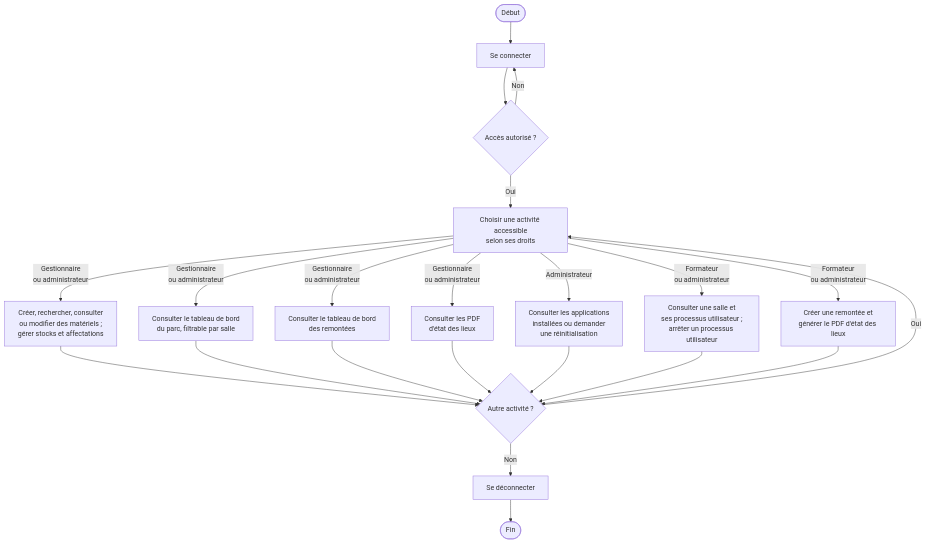
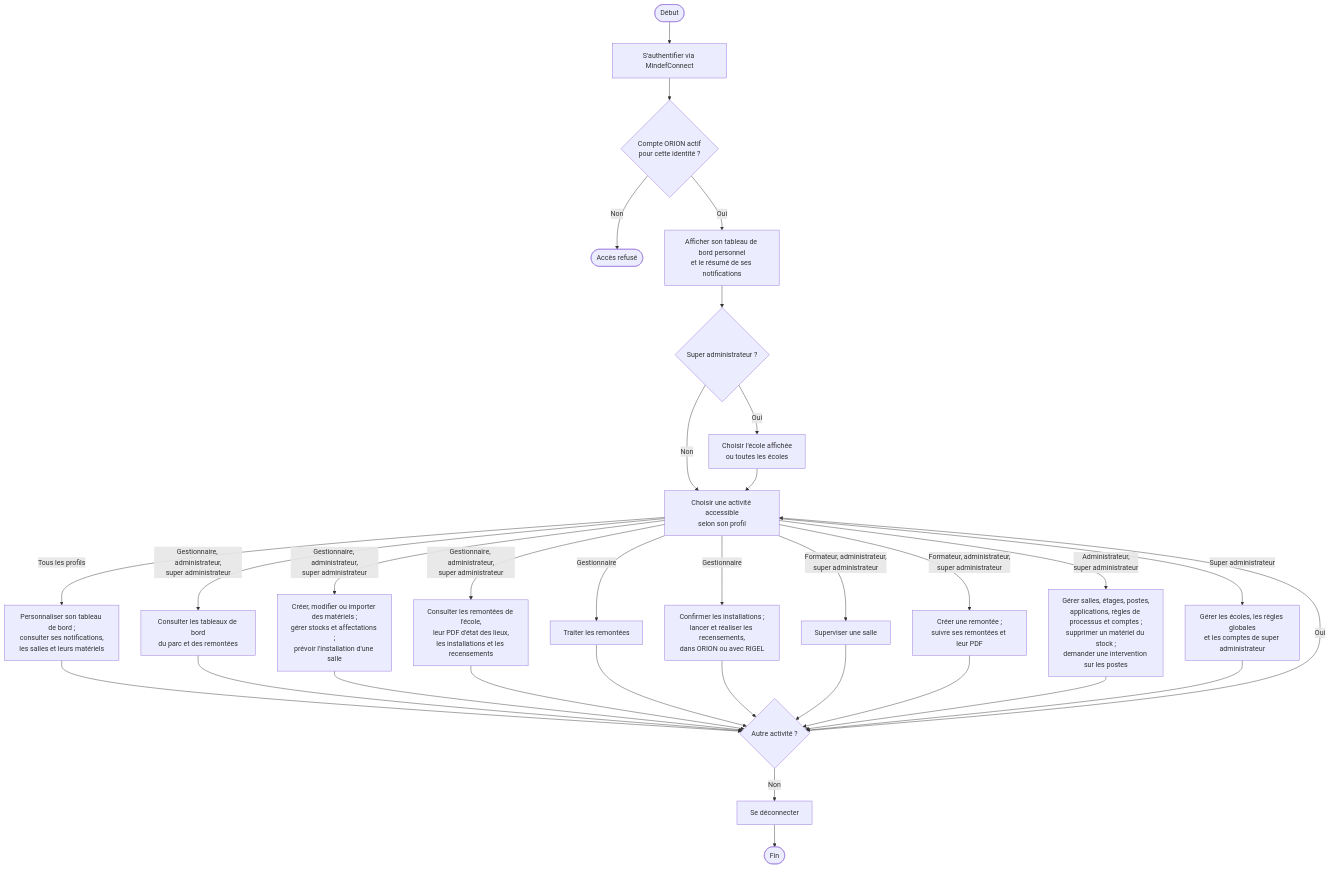
Before and after one commit to bpierrelouis/aster: the first of 10 diagrams in docs/02-ANALYSE/01-MODELISATION-METIER/07-DIAGRAMMES-ACTIVITE.md, drawn with Mermaid. The commit also changed other lines of this file and 4 other files, not shown here.

First line of the commit message:
docs(modelisation): mettre à jour les diagrammes de contexte et d'activité

````diff
--- a/docs/02-ANALYSE/01-MODELISATION-METIER/07-DIAGRAMMES-ACTIVITE.md
+++ b/docs/02-ANALYSE/01-MODELISATION-METIER/07-DIAGRAMMES-ACTIVITE.md
@@ -11,26 +11,36 @@
 ```mermaid
 flowchart TD
-    debut(["Début"]) --> connexion["Se connecter"]
-    connexion --> acces{"Accès autorisé ?"}
-    acces -->|"Non"| connexion
-    acces -->|"Oui"| choix["Choisir une activité accessible<br/>selon ses droits"]
+    debut(["Début"]) --> authentification["S'authentifier via MindefConnect"]
+    authentification --> compte{"Compte ORION actif<br/>pour cette identité ?"}
+    compte -->|"Non"| refus(["Accès refusé"])
+    compte -->|"Oui"| accueil["Afficher son tableau de bord personnel<br/>et le résumé de ses notifications"]
+    accueil --> profil{"Super administrateur ?"}
+    profil -->|"Oui"| ecole["Choisir l'école affichée<br/>ou toutes les écoles"]
+    profil -->|"Non"| choix["Choisir une activité accessible<br/>selon son profil"]
+    ecole --> choix
 
-    choix -->|"Gestionnaire<br/>ou administrateur"| parc["Créer, rechercher, consulter<br/>ou modifier des matériels ;<br/>gérer stocks et affectations"]
-    choix -->|"Gestionnaire<br/>ou administrateur"| bordParc["Consulter le tableau de bord<br/>du parc, filtrable par salle"]
-    choix -->|"Gestionnaire<br/>ou administrateur"| bordRemontees["Consulter le tableau de bord<br/>des remontées"]
-    choix -->|"Gestionnaire<br/>ou administrateur"| documents["Consulter les PDF<br/>d'état des lieux"]
-    choix -->|"Administrateur"| administration["Consulter les applications<br/>installées ou demander<br/>une réinitialisation"]
-    choix -->|"Formateur<br/>ou administrateur"| supervision["Consulter une salle et<br/>ses processus utilisateur ;<br/>arrêter un processus utilisateur"]
-    choix -->|"Formateur<br/>ou administrateur"| remontee["Créer une remontée et<br/>générer le PDF d'état des lieux"]
+    choix -->|"Tous les profils"| personnel["Personnaliser son tableau de bord ;<br/>consulter ses notifications,<br/>les salles et leurs matériels"]
+    choix -->|"Gestionnaire, administrateur,<br/>super administrateur"| bords["Consulter les tableaux de bord<br/>du parc et des remontées"]
+    choix -->|"Gestionnaire, administrateur,<br/>super administrateur"| parc["Créer, modifier ou importer des matériels ;<br/>gérer stocks et affectations ;<br/>prévoir l'installation d'une salle"]
+    choix -->|"Gestionnaire, administrateur,<br/>super administrateur"| suivi["Consulter les remontées de l'école,<br/>leur PDF d'état des lieux,<br/>les installations et les recensements"]
+    choix -->|"Gestionnaire"| traitement["Traiter les remontées"]
+    choix -->|"Gestionnaire"| rigel["Confirmer les installations ;<br/>lancer et réaliser les recensements,<br/>dans ORION ou avec RIGEL"]
+    choix -->|"Formateur, administrateur,<br/>super administrateur"| supervision["Superviser une salle"]
+    choix -->|"Formateur, administrateur,<br/>super administrateur"| remontee["Créer une remontée ;<br/>suivre ses remontées et leur PDF"]
+    choix -->|"Administrateur,<br/>super administrateur"| administration["Gérer salles, étages, postes,<br/>applications, règles de processus et comptes ;<br/>supprimer un matériel du stock ;<br/>demander une intervention sur les postes"]
+    choix -->|"Super administrateur"| global["Gérer les écoles, les règles globales<br/>et les comptes de super administrateur"]
 
-    parc --> suite{"Autre activité ?"}
-    bordParc --> suite
-    bordRemontees --> suite
-    documents --> suite
-    administration --> suite
-    supervision --> suite
-    remontee --> suite
-    suite -->|"Oui"| choix
-    suite -->|"Non"| deconnexion["Se déconnecter"]
+    personnel --> autre{"Autre activité ?"}
+    bords --> autre
+    parc --> autre
+    suivi --> autre
+    traitement --> autre
+    rigel --> autre
+    supervision --> autre
+    remontee --> autre
+    administration --> autre
+    global --> autre
+    autre -->|"Oui"| choix
+    autre -->|"Non"| deconnexion["Se déconnecter"]
     deconnexion --> fin(["Fin"])
 ```
````
